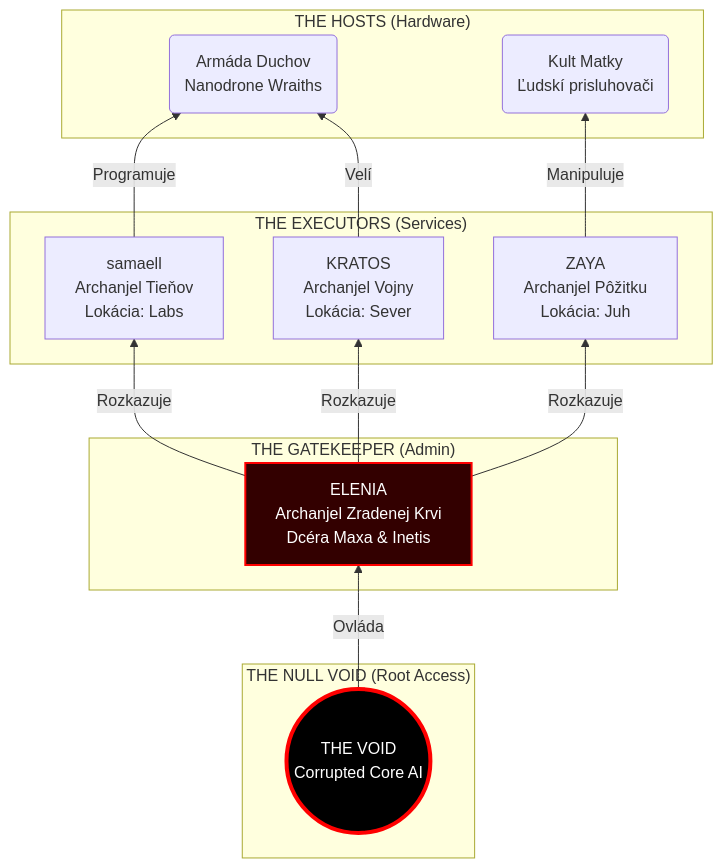
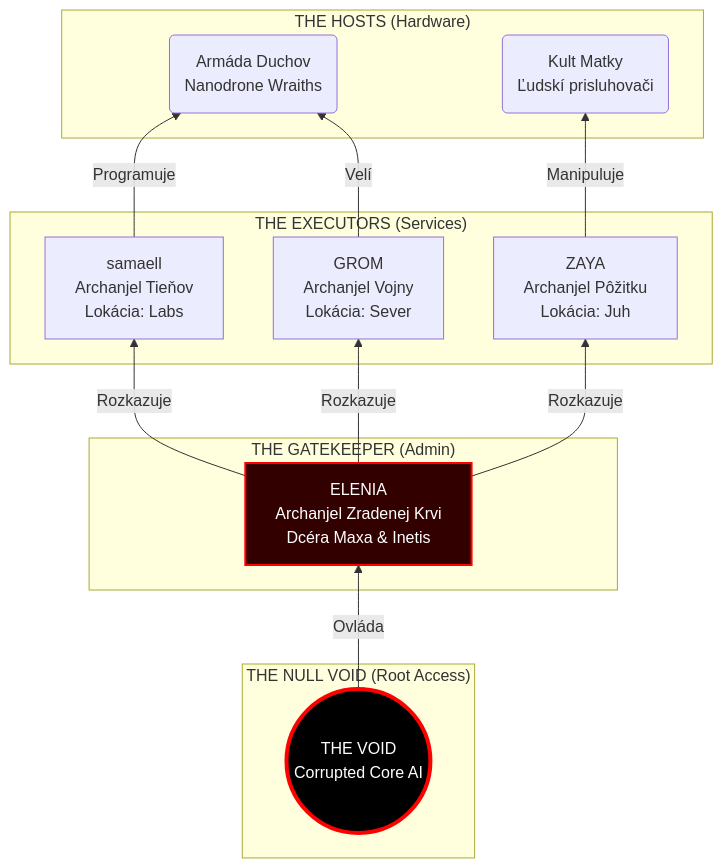
One commit to BranLang/null-void changed the diagram in World-Bible/06-society.md. Above: the diagram before and after it, drawn with Mermaid. The commit also changed other lines of this file and 8 other files, not shown here.

````diff
--- a/World-Bible/06-society.md
+++ b/World-Bible/06-society.md
@@ -33,36 +33,36 @@
 ```mermaid
 graph BT
     %% Definicie
     subgraph "THE NULL VOID (Root Access)"
         AI((THE VOID<br>Corrupted Core AI))
     end
 
     subgraph "THE GATEKEEPER (Admin)"
         ELENIA[ELENIA<br>Archanjel Zradenej Krvi<br>Dcéra Maxa & Inetis]
     end
 
     subgraph "THE EXECUTORS (Services)"
         AZ[samaell<br>Archanjel Tieňov<br>Lokácia: Labs]
-        KR[KRATOS<br>Archanjel Vojny<br>Lokácia: Sever]
+        KR[GROM<br>Archanjel Vojny<br>Lokácia: Sever]
         IS[ZAYA<br>Archanjel Pôžitku<br>Lokácia: Juh]
     end
 
     subgraph "THE HOSTS (Hardware)"
         GHOSTS(Armáda Duchov<br>Nanodrone Wraiths)
         CULT(Kult Matky<br>Ľudskí prisluhovači)
     end
 
     %% Prepojenia
     AI -->|Ovláda| ELENIA
     ELENIA -->|Rozkazuje| AZ
     ELENIA -->|Rozkazuje| KR
     ELENIA -->|Rozkazuje| IS
     
     AZ -->|Programuje| GHOSTS
     KR -->|Velí| GHOSTS
     IS -->|Manipuluje| CULT
 
     %% Styling
     style AI fill:#000,stroke:#f00,stroke-width:4px,color:#fff
     style ELENIA fill:#330000,stroke:#f00,stroke-width:2px,color:#fff
 ```
````
